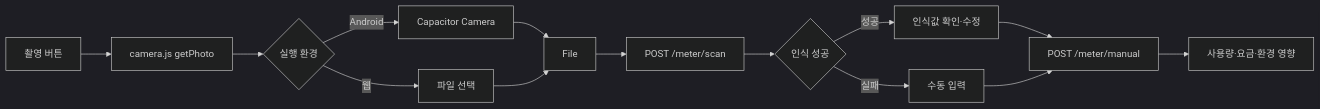
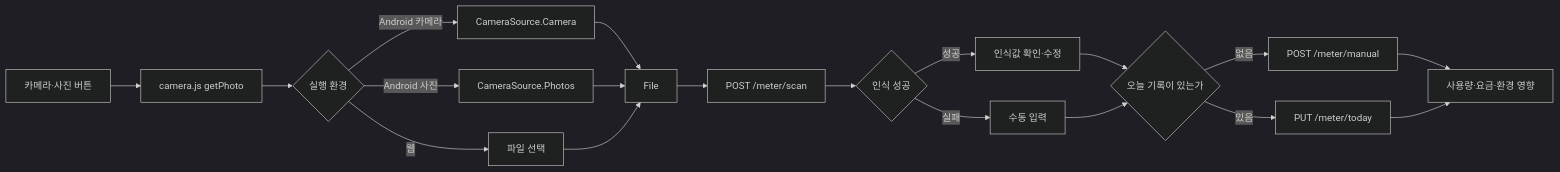
Before and after one commit to jaeheonki/smart-water-meter-kr: the second of 7 diagrams in docs/frontend-integration-handoff.md, drawn with Mermaid (dark theme). The commit also changed other lines of this file and 4 other files, not shown here.

````diff
--- a/docs/frontend-integration-handoff.md
+++ b/docs/frontend-integration-handoff.md
@@ -108,16 +108,21 @@
 ```mermaid
 flowchart LR
-    A[촬영 버튼] --> B[camera.js getPhoto]
+    A[카메라·사진 버튼] --> B[camera.js getPhoto]
     B --> C{실행 환경}
-    C -->|Android| D[Capacitor Camera]
-    C -->|웹| E[파일 선택]
+    C -->|Android 카메라| D[CameraSource.Camera]
+    C -->|Android 사진| P[CameraSource.Photos]
+    C -->|웹| W[파일 선택]
     D --> F[File]
-    E --> F
+    P --> F
+    W --> F
     F --> G[POST /meter/scan]
     G --> H{인식 성공}
     H -->|성공| I[인식값 확인·수정]
     H -->|실패| J[수동 입력]
-    I --> K[POST /meter/manual]
+    I --> K{오늘 기록이 있는가}
     J --> K
-    K --> L[사용량·요금·환경 영향]
+    K -->|없음| L[POST /meter/manual]
+    K -->|있음| M[PUT /meter/today]
+    L --> N[사용량·요금·환경 영향]
+    M --> N
 ```
````
